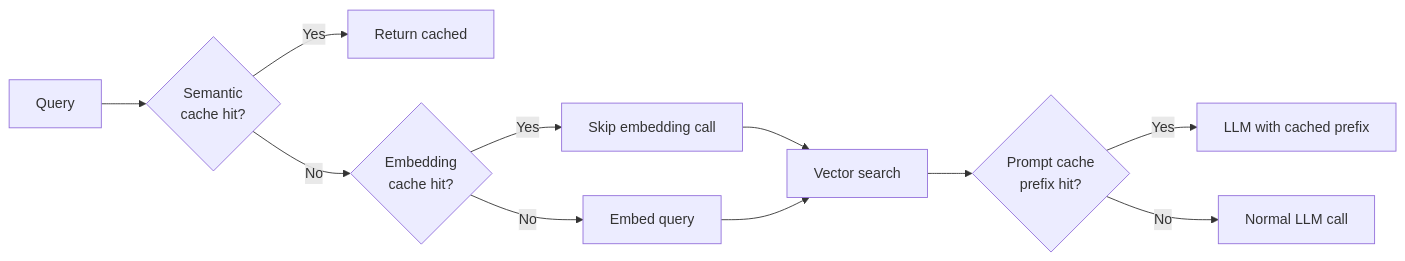
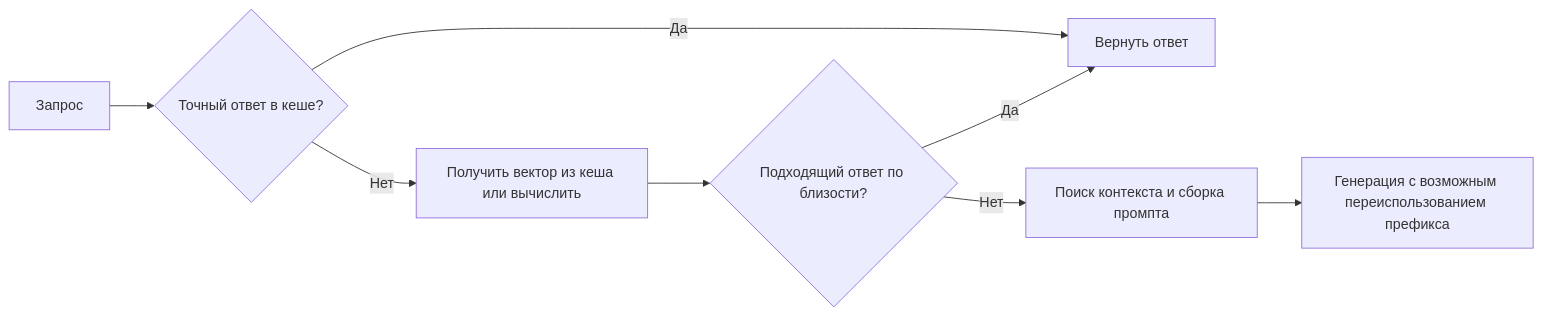
The fifth of 10 diagrams in cheatsheets/interview/ai-ml/ai-application-architecture-interview.md (akeverus/cheat-sheet), drawn with Mermaid before and after one commit. The commit also changed other lines of this file and 154 other files, not shown here.

````diff
--- a/cheatsheets/interview/ai-ml/ai-application-architecture-interview.md
+++ b/cheatsheets/interview/ai-ml/ai-application-architecture-interview.md
@@ -493,13 +376,10 @@
 ```mermaid
 flowchart LR
-    Q[Query] --> SC{Semantic<br/>cache hit?}
-    SC -->|Yes| Return1[Return cached]
-    SC -->|No| EC{Embedding<br/>cache hit?}
-    EC -->|Yes| Vec[Skip embedding call]
-    EC -->|No| Embed[Embed query]
-    Vec --> Retr[Vector search]
-    Embed --> Retr
-    Retr --> PC{Prompt cache<br/>prefix hit?}
-    PC -->|Yes| LLM1[LLM with cached prefix]
-    PC -->|No| LLM2[Normal LLM call]
+    Q[Запрос] --> E{Точный ответ в кеше?}
+    E -->|Да| R[Вернуть ответ]
+    E -->|Нет| V[Получить вектор из кеша или вычислить]
+    V --> S{Подходящий ответ по близости?}
+    S -->|Да| R
+    S -->|Нет| B[Поиск контекста и сборка промпта]
+    B --> L[Генерация с возможным переиспользованием префикса]
 ```
````
